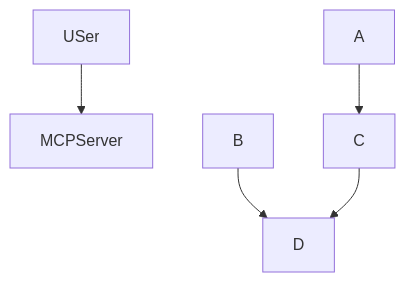
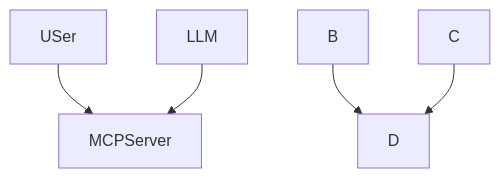
One commit to MaaeYeng2517/MCP-Server-All changed the diagram in README.md. Above: the diagram before and after it, drawn with Mermaid.

````diff
--- a/README.md
+++ b/README.md
@@ -14,7 +14,7 @@
 ```mermaid
 graph TD;
     USer-->MCPServer;
-    A-->C;
+    LLM-->MCPServer;
     B-->D;
     C-->D;
 ```
````
